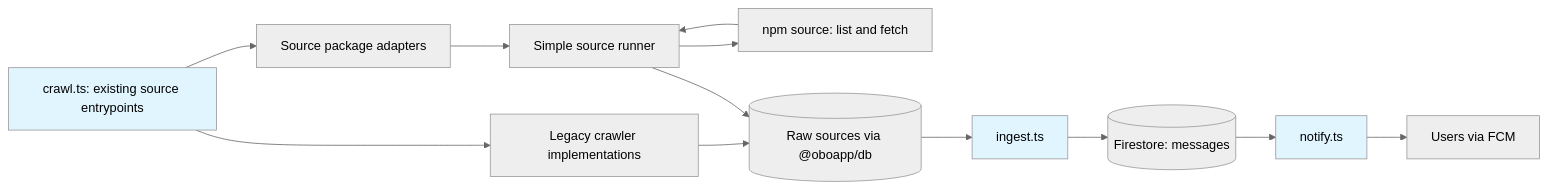
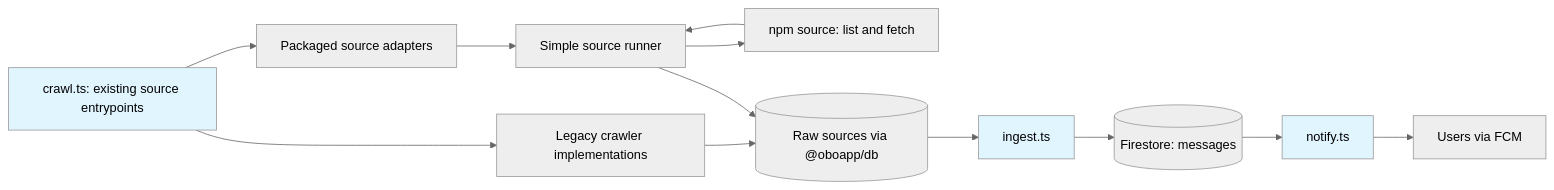
The diagram in ingest/README.md (oboapp/oboapp), drawn with Mermaid (neutral theme) before and after one commit. The commit also changed other lines of this file and 4 other files, not shown here.

````diff
--- a/ingest/README.md
+++ b/ingest/README.md
@@ -13,18 +13,18 @@
 ```mermaid
 graph LR
     B[crawl.ts: existing source entrypoints] --> L[Legacy crawler implementations]
-    B --> T[Source package adapters]
+    B --> T[Packaged source adapters]
     T --> R[Simple source runner]
     R --> P[npm source: list and fetch]
     P --> R
     L --> C[(Raw sources via @oboapp/db)]
     R --> C
     C --> D[ingest.ts]
     D --> E[(Firestore: messages)]
     E --> F[notify.ts]
     F --> G[Users via FCM]
 
     style B fill:#e1f5ff
     style D fill:#e1f5ff
     style F fill:#e1f5ff
 ```
````
